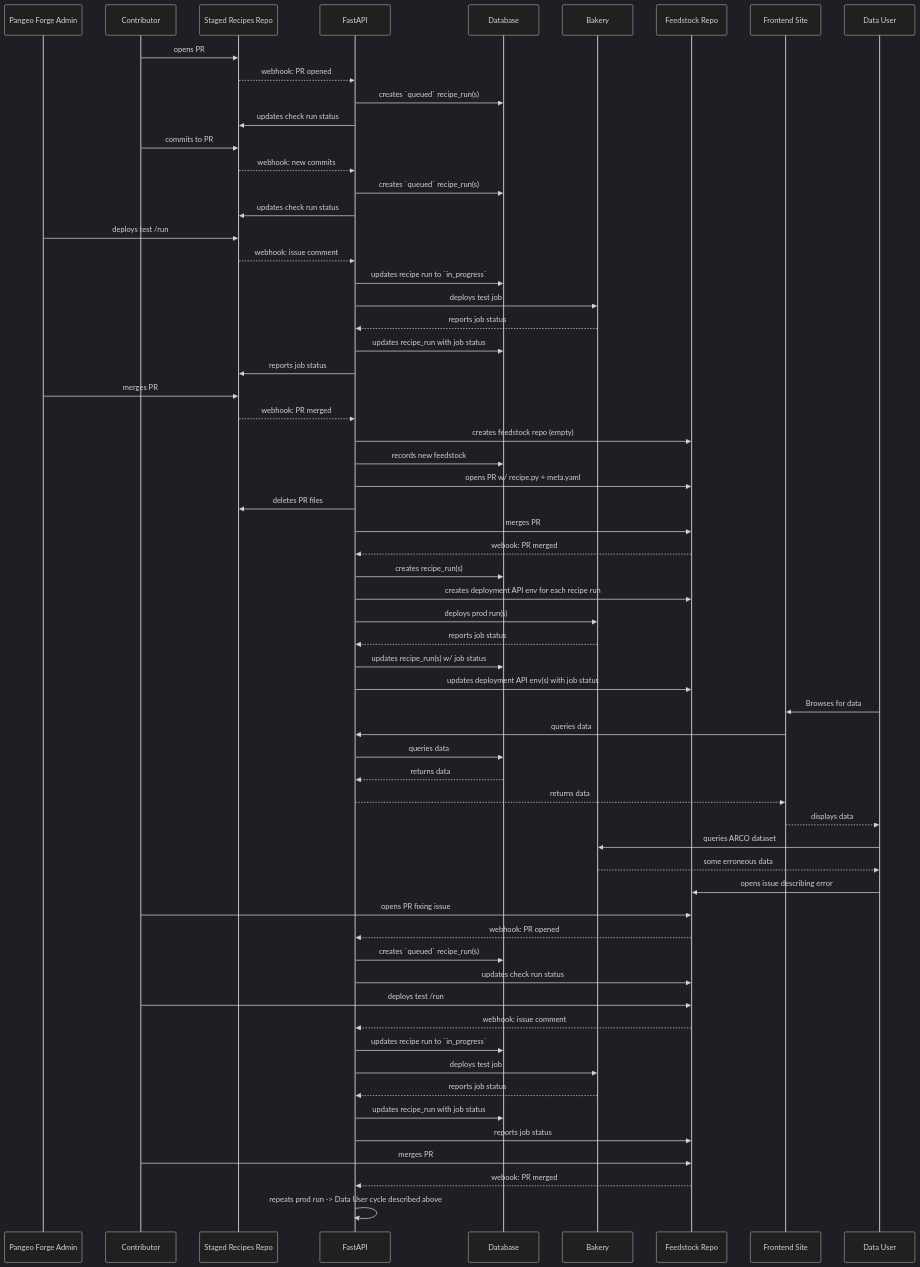
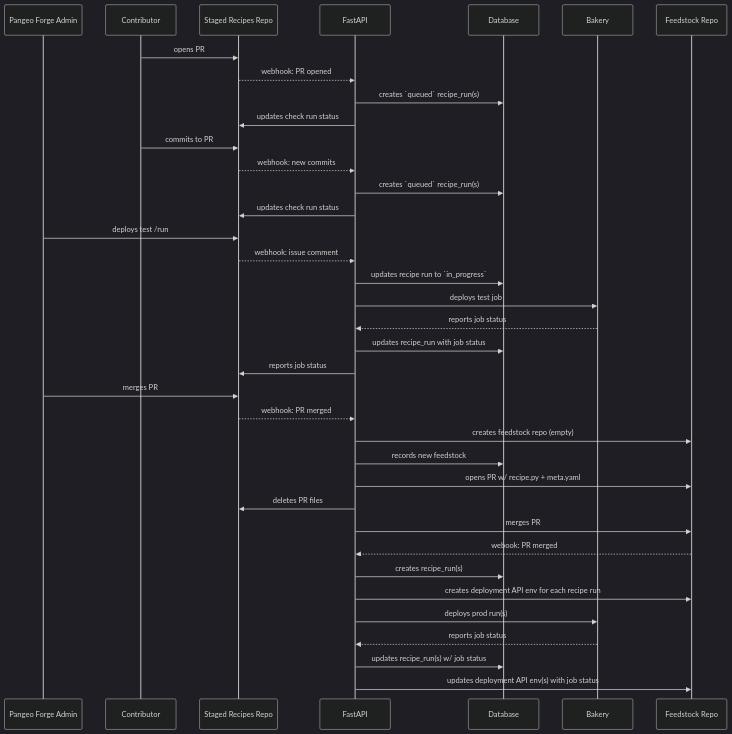
One commit to pangeo-forge/pangeo-forge-orchestrator changed the first of 2 diagrams in docs/recipe-feedstock-sequence.md. Above: the diagram before and after it, drawn with Mermaid (dark theme).

Commit message:
split recipe journey diagram into 2

````diff
--- a/docs/recipe-feedstock-sequence.md
+++ b/docs/recipe-feedstock-sequence.md
@@ -3,65 +5,40 @@
 ```mermaid
 sequenceDiagram
     participant Pangeo Forge Admin
     participant Contributor
     participant Staged Recipes Repo
     participant FastAPI
     participant Database
     participant Bakery
     participant Feedstock Repo
-    participant Frontend Site
-    participant Data User
 
     Contributor->>Staged Recipes Repo: opens PR
     Staged Recipes Repo-->>FastAPI: webhook: PR opened
     FastAPI->>Database: creates `queued` recipe_run(s)
     FastAPI->>Staged Recipes Repo: updates check run status
     Contributor->>Staged Recipes Repo: commits to PR
     Staged Recipes Repo-->>FastAPI: webhook: new commits
     FastAPI->>Database: creates `queued` recipe_run(s)
     FastAPI->>Staged Recipes Repo: updates check run status
     Pangeo Forge Admin->>Staged Recipes Repo: deploys test /run
     Staged Recipes Repo-->>FastAPI: webhook: issue comment
     FastAPI->>Database: updates recipe run to `in_progress`
     FastAPI->>Bakery: deploys test job
     Bakery-->>FastAPI: reports job status
     FastAPI->>Database: updates recipe_run with job status
     FastAPI->>Staged Recipes Repo: reports job status
     Pangeo Forge Admin->>Staged Recipes Repo: merges PR
     Staged Recipes Repo-->>FastAPI: webhook: PR merged
     FastAPI->>Feedstock Repo: creates feedstock repo (empty)
     FastAPI->>Database: records new feedstock
     FastAPI->>Feedstock Repo: opens PR w/ recipe.py + meta.yaml
     FastAPI->>Staged Recipes Repo: deletes PR files
     FastAPI->>Feedstock Repo: merges PR
     Feedstock Repo-->>FastAPI: webook: PR merged
     FastAPI->>Database: creates recipe_run(s)
     FastAPI->>Feedstock Repo: creates deployment API env for each recipe run
     FastAPI->>Bakery: deploys prod run(s)
     Bakery-->>FastAPI: reports job status
     FastAPI->>Database: updates recipe_run(s) w/ job status
     FastAPI->>Feedstock Repo: updates deployment API env(s) with job status
-    Data User->>Frontend Site: Browses for data
-    Frontend Site->>FastAPI: queries data
-    FastAPI->>Database: queries data
-    Database-->>FastAPI: returns data
-    FastAPI-->>Frontend Site: returns data
-    Frontend Site-->>Data User: displays data
-    Data User->>Bakery: queries ARCO dataset
-    Bakery-->>Data User: some erroneous data
-    Data User->>Feedstock Repo: opens issue describing error
-    Contributor->>Feedstock Repo: opens PR fixing issue
-    Feedstock Repo-->>FastAPI: webhook: PR opened
-    FastAPI->>Database: creates `queued` recipe_run(s)
-    FastAPI->>Feedstock Repo: updates check run status
-    Contributor->>Feedstock Repo: deploys test /run
-    Feedstock Repo-->>FastAPI: webhook: issue comment
-    FastAPI->>Database: updates recipe run to `in_progress`
-    FastAPI->>Bakery: deploys test job
-    Bakery-->>FastAPI: reports job status
-    FastAPI->>Database: updates recipe_run with job status
-    FastAPI->>Feedstock Repo: reports job status
-    Contributor->>Feedstock Repo: merges PR
-    Feedstock Repo-->>FastAPI: webook: PR merged
-    FastAPI->>FastAPI: repeats prod run -> Data User cycle described above
 ```
````
